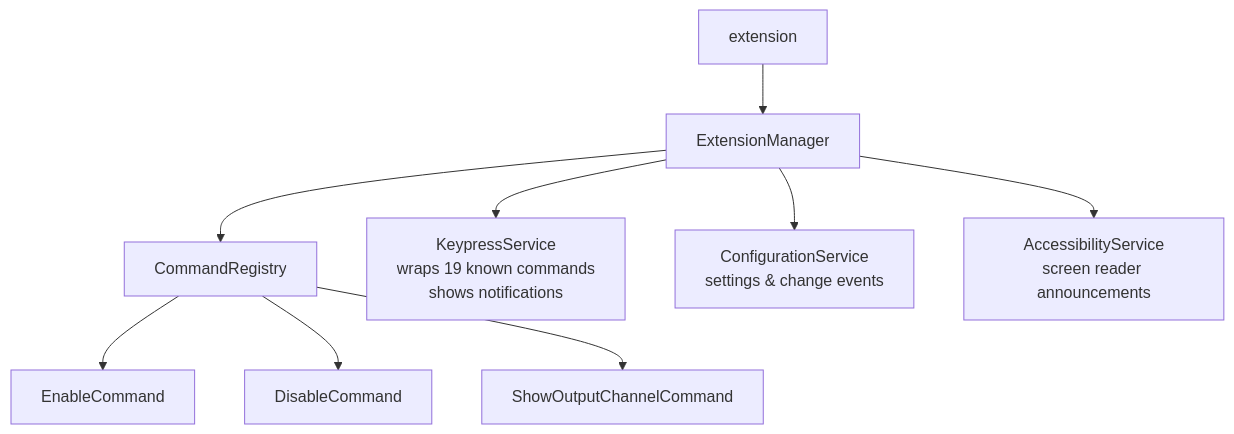
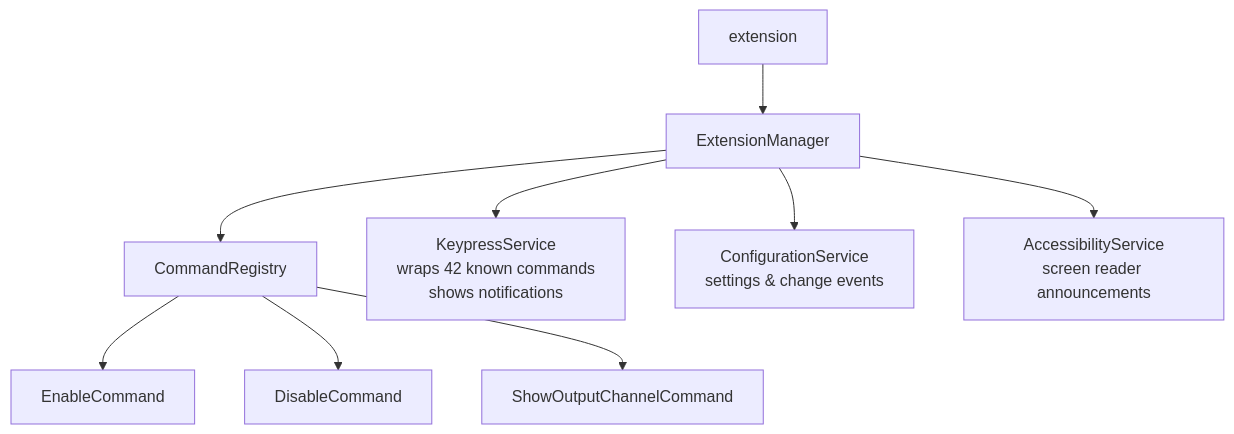
One commit to Vijay431/keypress-notifications changed the first of 2 diagrams in CLAUDE.md. Above: the diagram before and after it, drawn with Mermaid. The commit also changed other lines of this file and 5 other files, not shown here.

````diff
--- a/CLAUDE.md
+++ b/CLAUDE.md
@@ -109,11 +109,11 @@
 ```mermaid
 flowchart TD
     A["extension"] --> B["ExtensionManager"]
     B --> C["CommandRegistry"]
     C --> D["EnableCommand"]
     C --> E["DisableCommand"]
     C --> F["ShowOutputChannelCommand"]
-    B --> G["KeypressService\nwraps 19 known commands\nshows notifications"]
+    B --> G["KeypressService\nwraps 42 known commands\nshows notifications"]
     B --> H["ConfigurationService\nsettings & change events"]
     B --> I["AccessibilityService\nscreen reader announcements"]
 ```
````
